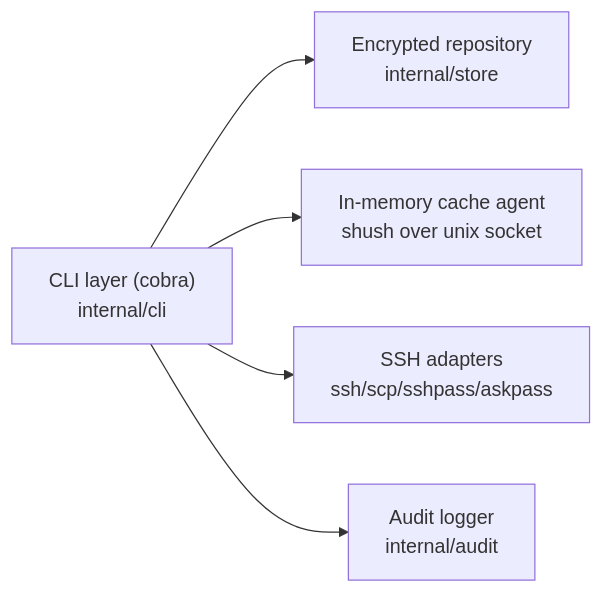
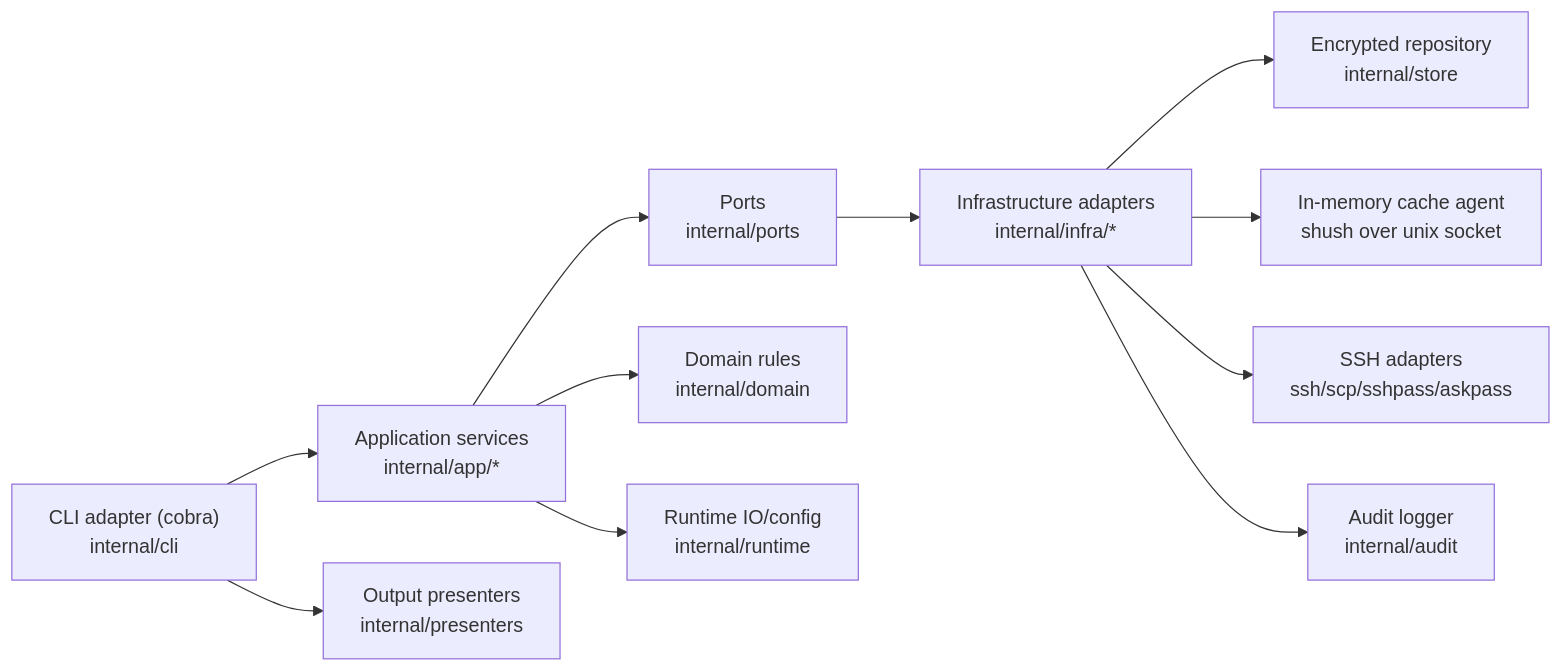
One commit to tiangong-dev/onessh changed the first of 3 diagrams in docs/reference/architecture.md. Above: the diagram before and after it, drawn with Mermaid. The commit also changed other lines of this file and 84 other files, not shown here.

First line of the commit message:
Refactor domain and runtime foundations (#25)

````diff
--- a/docs/reference/architecture.md
+++ b/docs/reference/architecture.md
@@ -17,7 +17,13 @@
 ```mermaid
 flowchart LR
-  CLI["CLI layer (cobra)\ninternal/cli"] --> STORE["Encrypted repository\ninternal/store"]
-  CLI --> AGENT["In-memory cache agent\nshush over unix socket"]
-  CLI --> SSH["SSH adapters\nssh/scp/sshpass/askpass"]
-  CLI --> AUDIT["Audit logger\ninternal/audit"]
+  CLI["CLI adapter (cobra)\ninternal/cli"] --> APP["Application services\ninternal/app/*"]
+  CLI --> PRESENTERS["Output presenters\ninternal/presenters"]
+  APP --> PORTS["Ports\ninternal/ports"]
+  APP --> DOMAIN["Domain rules\ninternal/domain"]
+  APP --> RUNTIME["Runtime IO/config\ninternal/runtime"]
+  PORTS --> INFRA["Infrastructure adapters\ninternal/infra/*"]
+  INFRA --> STORE["Encrypted repository\ninternal/store"]
+  INFRA --> AGENT["In-memory cache agent\nshush over unix socket"]
+  INFRA --> SSH["SSH adapters\nssh/scp/sshpass/askpass"]
+  INFRA --> AUDIT["Audit logger\ninternal/audit"]
 ```
````
